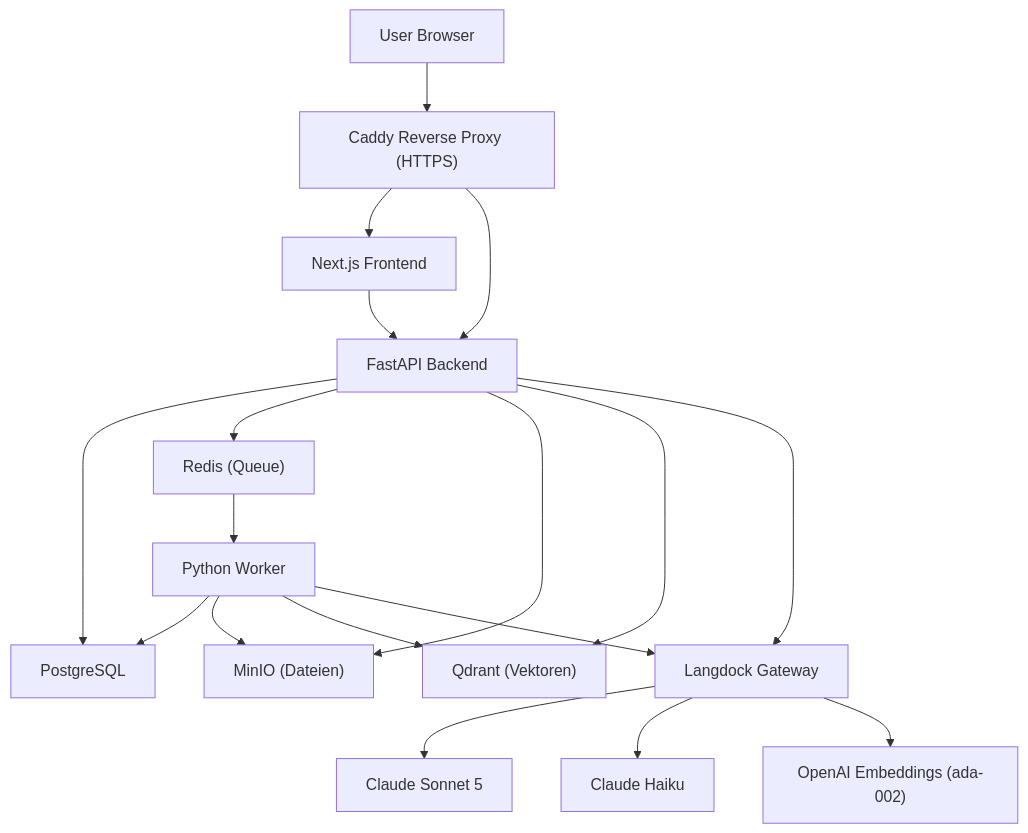
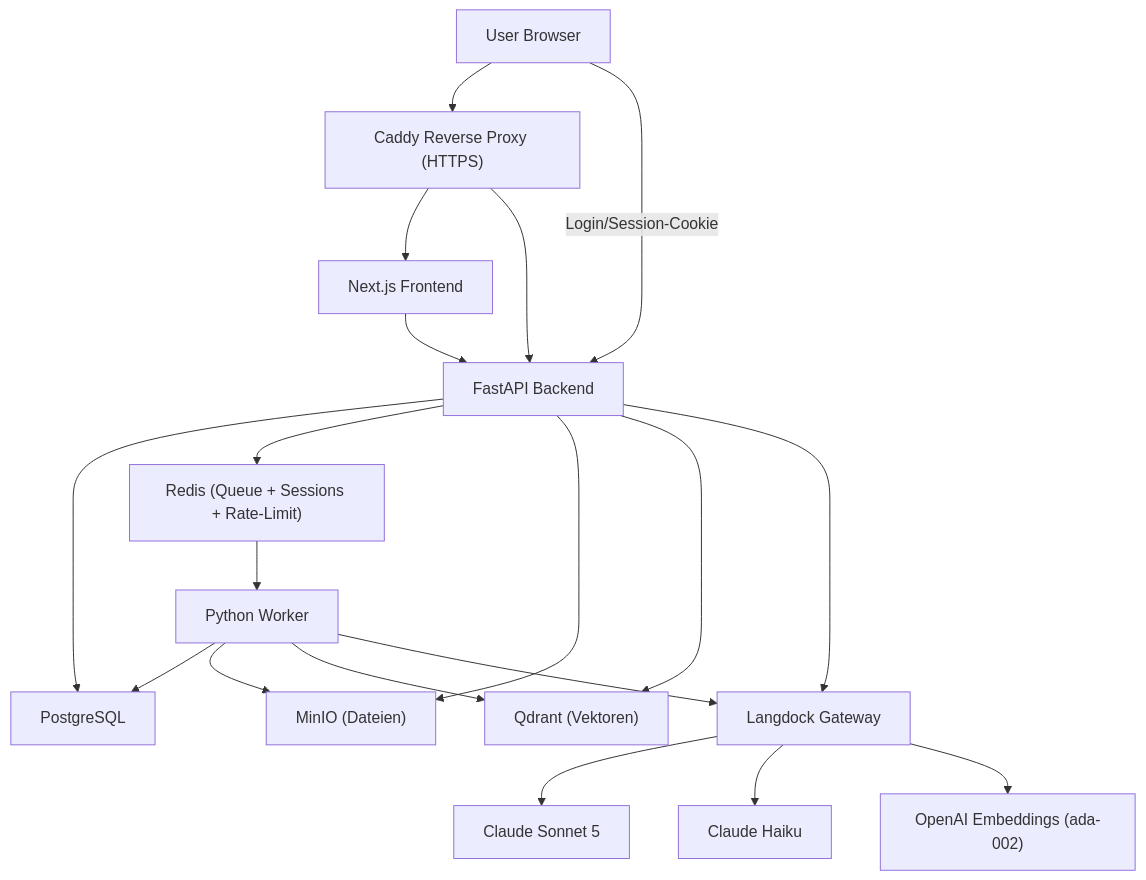
One commit to Hereliesviolet/NotebookLMC changed the diagram in README.md. Above: the diagram before and after it, drawn with Mermaid. The commit also changed other lines of this file and 5 other files, not shown here.

````diff
--- a/README.md
+++ b/README.md
@@ -20,20 +20,21 @@
 ```mermaid
 flowchart TB
     Browser["User Browser"] --> Caddy["Caddy Reverse Proxy (HTTPS)"]
     Caddy --> Frontend["Next.js Frontend"]
     Caddy --> API["FastAPI Backend"]
     Frontend --> API
+    Browser -->|"Login/Session-Cookie"| API
     API --> Postgres["PostgreSQL"]
-    API --> Redis["Redis (Queue)"]
+    API --> Redis["Redis (Queue + Sessions + Rate-Limit)"]
     API --> MinIO["MinIO (Dateien)"]
     API --> Qdrant["Qdrant (Vektoren)"]
     API --> Langdock["Langdock Gateway"]
     Redis --> Worker["Python Worker"]
     Worker --> Postgres
     Worker --> MinIO
     Worker --> Qdrant
     Worker --> Langdock
     Langdock --> Sonnet["Claude Sonnet 5"]
     Langdock --> Haiku["Claude Haiku"]
     Langdock --> Embeddings["OpenAI Embeddings (ada-002)"]
 ```
````
